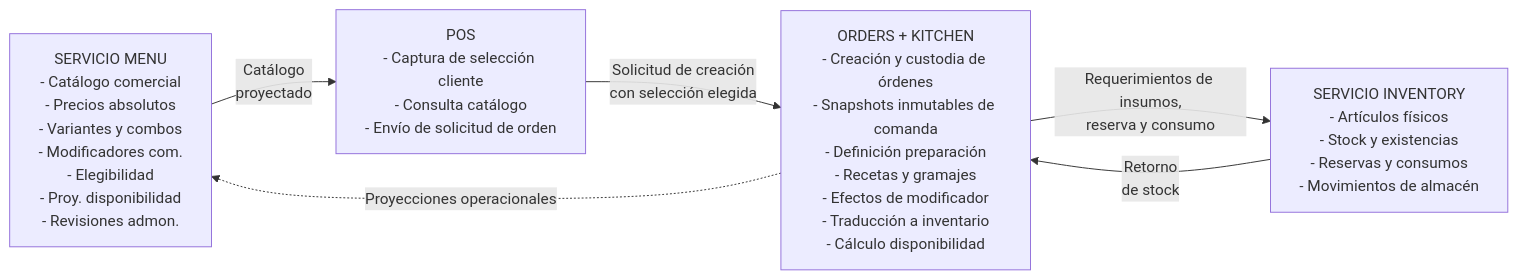
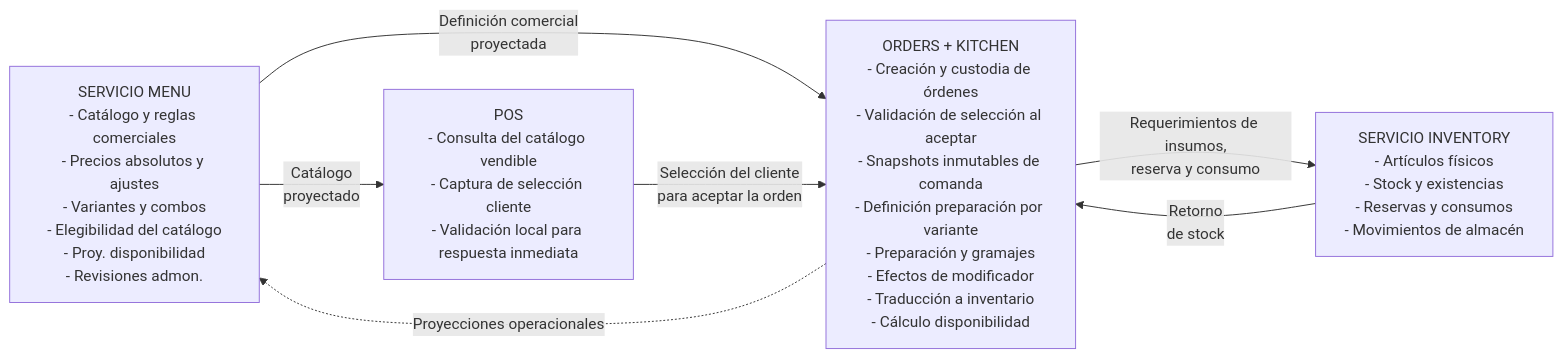
Before and after one commit to FMAT-Restaurant/Menu-Documentation: the first of 2 diagrams in output/ers/context.md, drawn with Mermaid. The commit also changed other lines of this file and 120 other files, not shown here.

````diff
--- a/output/ers/context.md
+++ b/output/ers/context.md
@@ -30,13 +31,14 @@
 ```mermaid
 flowchart LR
-    Menu["SERVICIO MENU<br/>- Catálogo comercial<br/>- Precios absolutos<br/>- Variantes y combos<br/>- Modificadores com.<br/>- Elegibilidad<br/>- Proy. disponibilidad<br/>- Revisiones admon."]
-    Kitchen["ORDERS + KITCHEN<br/>- Creación y custodia de órdenes<br/>- Snapshots inmutables de comanda<br/>- Definición preparación<br/>- Recetas y gramajes<br/>- Efectos de modificador<br/>- Traducción a inventario<br/>- Cálculo disponibilidad"]
-    POS["POS<br/>- Captura de selección cliente<br/>- Consulta catálogo<br/>- Envío de solicitud de orden"]
+    Menu["SERVICIO MENU<br/>- Catálogo y reglas comerciales<br/>- Precios absolutos y ajustes<br/>- Variantes y combos<br/>- Elegibilidad del catálogo<br/>- Proy. disponibilidad<br/>- Revisiones admon."]
+    Kitchen["ORDERS + KITCHEN<br/>- Creación y custodia de órdenes<br/>- Validación de selección al aceptar<br/>- Snapshots inmutables de comanda<br/>- Definición preparación por variante<br/>- Preparación y gramajes<br/>- Efectos de modificador<br/>- Traducción a inventario<br/>- Cálculo disponibilidad"]
+    POS["POS<br/>- Consulta del catálogo vendible<br/>- Captura de selección cliente<br/>- Validación local para respuesta inmediata"]
     Inventory["SERVICIO INVENTORY<br/>- Artículos físicos<br/>- Stock y existencias<br/>- Reservas y consumos<br/>- Movimientos de almacén"]
 
     Kitchen -.->|"Proyecciones operacionales<br/>"| Menu
     Menu -->|"Catálogo<br/>proyectado"| POS
-    POS -->|"Solicitud de creación<br/>con selección elegida"| Kitchen
+    Menu -->|"Definición comercial<br/>proyectada"| Kitchen
+    POS -->|"Selección del cliente<br/>para aceptar la orden"| Kitchen
     Kitchen -->|"Requerimientos de insumos,<br/>reserva y consumo"| Inventory
     Inventory -->|"Retorno<br/>de stock"| Kitchen
 ```
````
